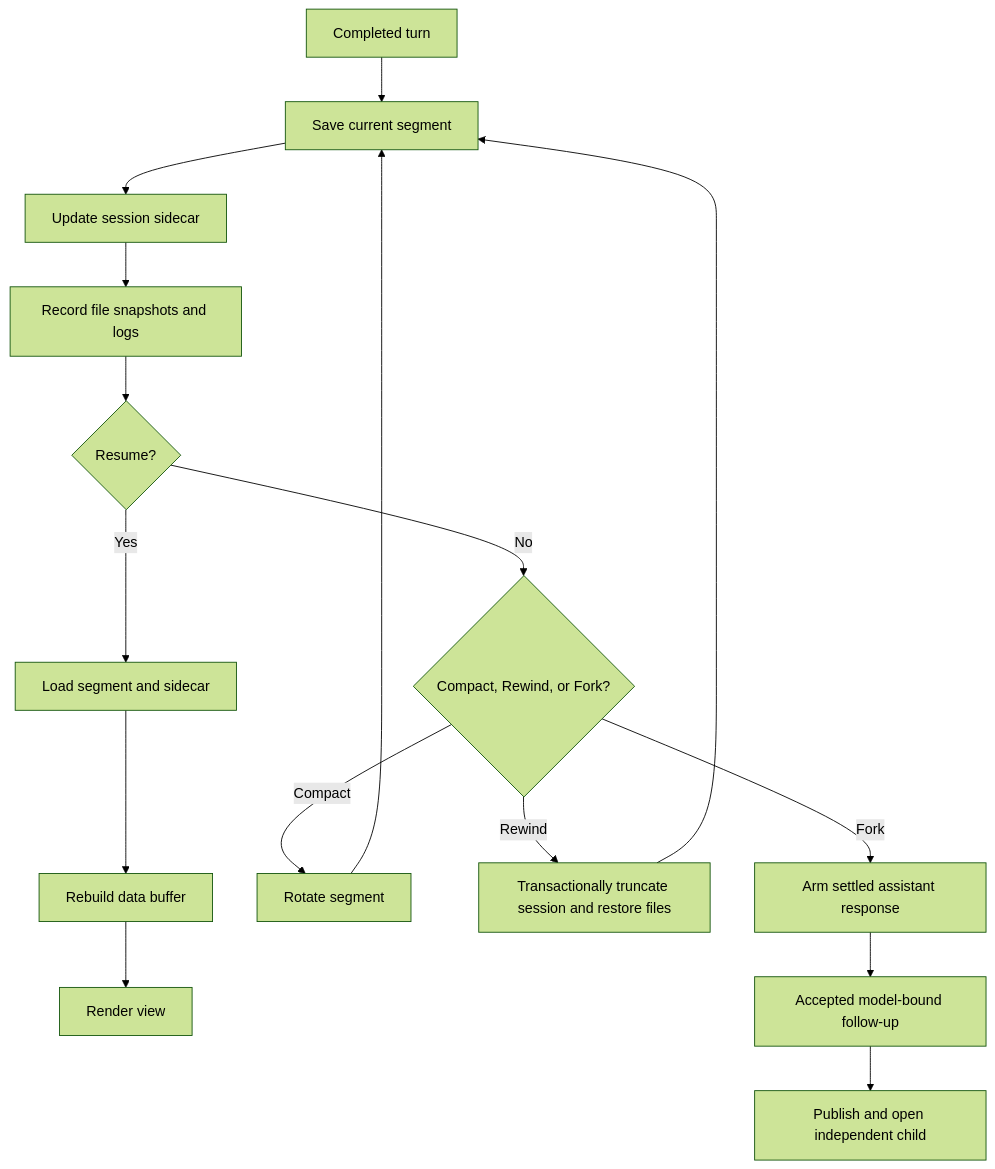
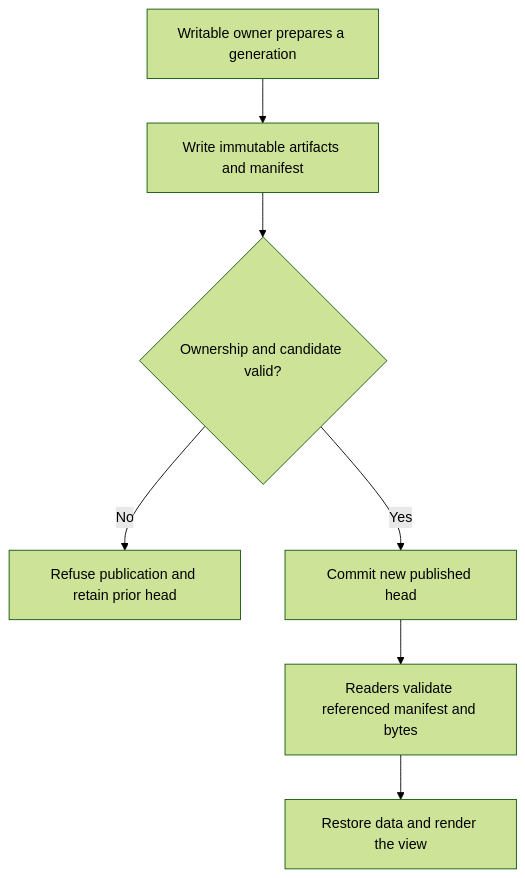
Before and after one commit to FrauH0lle/mevedel: the diagram in docs/sessions.md, drawn with Mermaid (forest theme). The commit also changed other lines of this file and 166 other files, not shown here.

````diff
--- a/docs/sessions.md
+++ b/docs/sessions.md
@@ -84,18 +96,9 @@
 ```mermaid
 flowchart TD
-    A[Completed turn] --> B[Save current segment]
-    B --> C[Update session sidecar]
-    C --> D[Record file snapshots and logs]
-    D --> E{Resume?}
-    E -- Yes --> F[Load segment and sidecar]
-    F --> G[Rebuild data buffer]
-    G --> H[Render view]
-    E -- No --> I{Compact, Rewind, or Fork?}
-    I -- Compact --> J[Rotate segment]
-    I -- Rewind --> K[Transactionally truncate session and restore files]
-    I -- Fork --> L[Arm settled assistant response]
-    J --> B
-    K --> B
-    L --> M[Accepted model-bound follow-up]
-    M --> N[Publish and open independent child]
+    A[Writable owner prepares a generation] --> B[Write immutable artifacts and manifest]
+    B --> C{Ownership and candidate valid?}
+    C -- No --> D[Refuse publication and retain prior head]
+    C -- Yes --> E[Commit new published head]
+    E --> F[Readers validate referenced manifest and bytes]
+    F --> G[Restore data and render the view]
 ```
````
